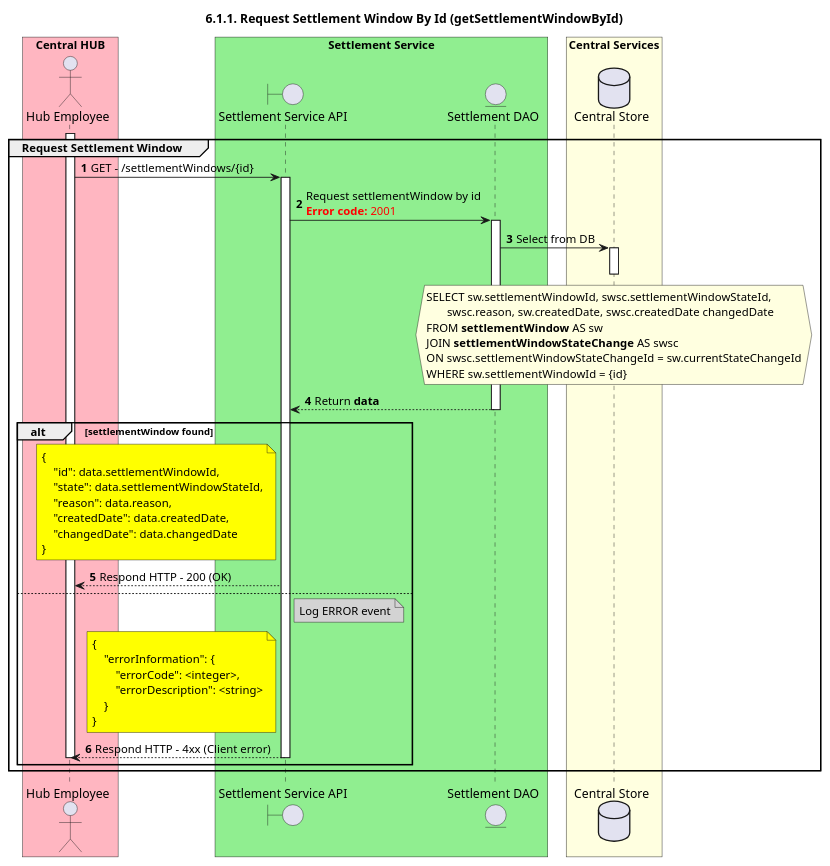
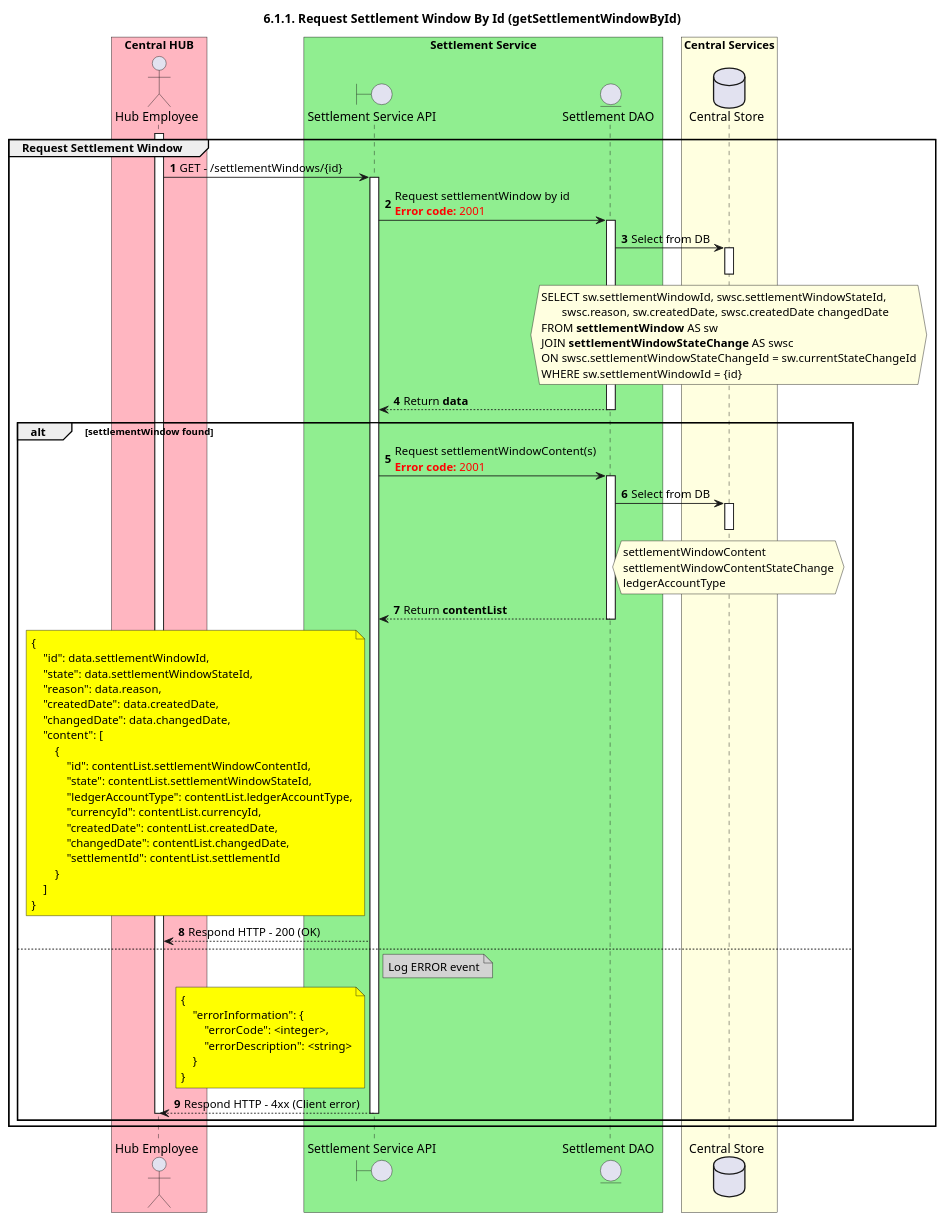
The diagram in mojaloop-technical-overview/central-settlements/settlement-process/assets/diagrams/sequence/seq-setwindow-6.1.1.plantuml (mojaloop/documentation), drawn with PlantUML before and after one commit. The commit also changed other lines of this file and 318 other files, not shown here.

```diff
--- a/mojaloop-technical-overview/central-settlements/settlement-process/assets/diagrams/sequence/seq-setwindow-6.1.1.plantuml
+++ b/mojaloop-technical-overview/central-settlements/settlement-process/assets/diagrams/sequence/seq-setwindow-6.1.1.plantuml
@@ -25,75 +26,98 @@
 @startuml
 ' declate title
 title 6.1.1. Request Settlement Window By Id (getSettlementWindowById)
 
 autonumber
 
 ' declare actors
 actor "Hub Employee" as OPERATOR
 boundary "Settlement Service API" as SSAPI
 entity "Settlement DAO" as SETTLE_DAO
 database "Central Store" as DB
 
 box "Central HUB" #lightpink
     participant OPERATOR
 end box
 
 box "Settlement Service" #lightgreen
     participant SSAPI
     participant SETTLE_DAO
 end box
 
 box "Central Services" #lightyellow
     participant DB
 end box
 
 ' start flow
 group Request Settlement Window
     activate OPERATOR
     OPERATOR -> SSAPI: GET - /settlementWindows/{id}
     activate SSAPI
     SSAPI -> SETTLE_DAO: Request settlementWindow by id\n<color #FF0000><b>Error code:</b> 2001</color>
     activate SETTLE_DAO
     SETTLE_DAO -> DB: Select from DB
     activate DB
     hnote over DB #lightyellow
         SELECT sw.settlementWindowId, swsc.settlementWindowStateId, 
                swsc.reason, sw.createdDate, swsc.createdDate changedDate
         FROM **settlementWindow** AS sw
         JOIN **settlementWindowStateChange** AS swsc
         ON swsc.settlementWindowStateChangeId = sw.currentStateChangeId
         WHERE sw.settlementWindowId = {id}
     end hnote
     deactivate DB
     SSAPI <-- SETTLE_DAO: Return **data**
     deactivate SETTLE_DAO
 
     alt settlementWindow found
-        note left of SSAPI #Yellow
+        SSAPI -> SETTLE_DAO: Request settlementWindowContent(s)\n<color #FF0000><b>Error code:</b> 2001</color>
+        activate SETTLE_DAO
+        SETTLE_DAO -> DB: Select from DB
+        activate DB
+        hnote over DB #lightyellow
+            settlementWindowContent
+            settlementWindowContentStateChange
+            ledgerAccountType
+        end hnote
+        deactivate DB
+        SSAPI <-- SETTLE_DAO: Return **contentList**
+        deactivate SETTLE_DAO
+        note left of SSAPI #yellow
             {
                 "id": data.settlementWindowId,
                 "state": data.settlementWindowStateId,
                 "reason": data.reason,
                 "createdDate": data.createdDate,
-                "changedDate": data.changedDate
+                "changedDate": data.changedDate,
+                "content": [
+                    {
+                        "id": contentList.settlementWindowContentId,
+                        "state": contentList.settlementWindowStateId,
+                        "ledgerAccountType": contentList.ledgerAccountType,
+                        "currencyId": contentList.currencyId,
+                        "createdDate": contentList.createdDate,
+                        "changedDate": contentList.changedDate,
+                        "settlementId": contentList.settlementId
+                    }
+                ]
             }
         end note
         OPERATOR <-- SSAPI: Respond HTTP - 200 (OK)
     else
         note right of SSAPI #lightgray
             Log ERROR event
         end note
         note left of SSAPI #yellow
             {
                 "errorInformation": {
                     "errorCode": <integer>,
                     "errorDescription": <string>
                 }
             }
         end note
         OPERATOR <-- SSAPI: Respond HTTP - 4xx (Client error)
         deactivate SSAPI
         deactivate OPERATOR
     end
 end
 @enduml
```
